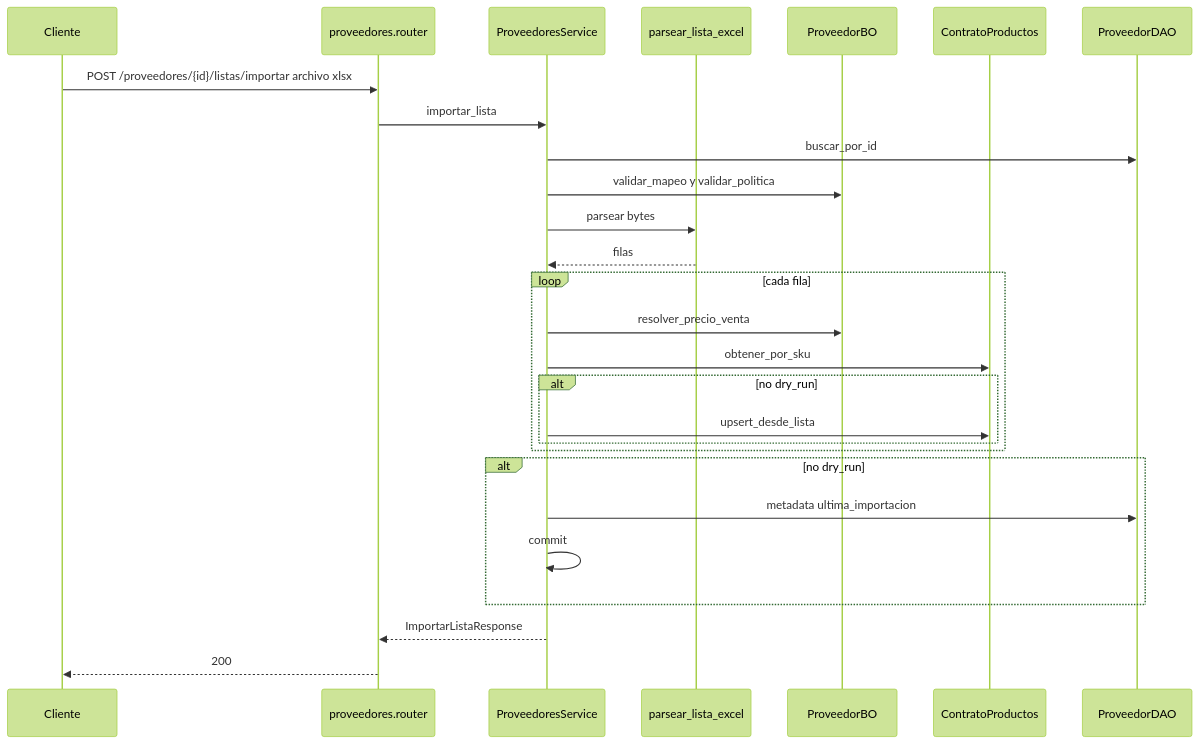
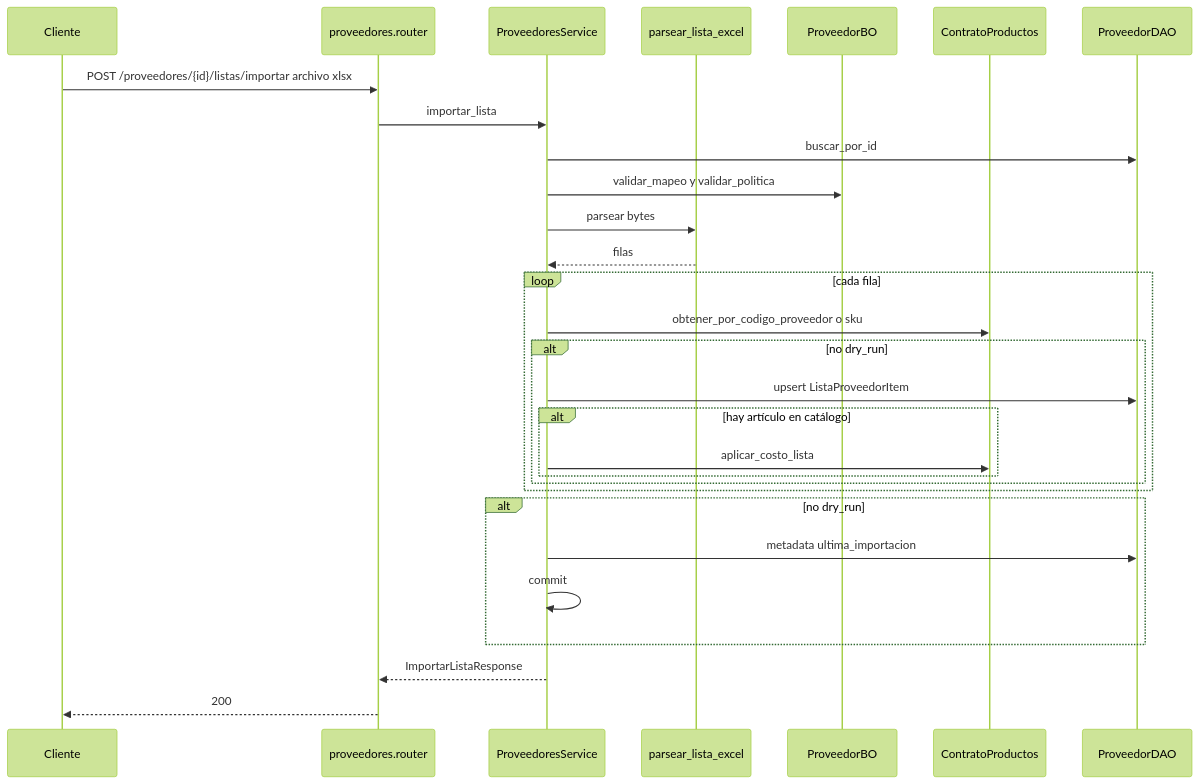
The diagram in docs/diagramas/proveedores.md (estsan3/ventas360-api), drawn with Mermaid (forest theme) before and after one commit. The commit also changed other lines of this file and 45 other files, not shown here.

````diff
--- a/docs/diagramas/proveedores.md
+++ b/docs/diagramas/proveedores.md
@@ -8,30 +12,32 @@
 ```mermaid
 sequenceDiagram
     participant Cliente
     participant Router as proveedores.router
     participant Service as ProveedoresService
     participant Excel as parsear_lista_excel
     participant BO as ProveedorBO
     participant Productos as ContratoProductos
     participant DAO as ProveedorDAO
 
     Cliente->>Router: POST /proveedores/{id}/listas/importar archivo xlsx
     Router->>Service: importar_lista
     Service->>DAO: buscar_por_id
     Service->>BO: validar_mapeo y validar_politica
     Service->>Excel: parsear bytes
     Excel-->>Service: filas
     loop cada fila
-        Service->>BO: resolver_precio_venta
-        Service->>Productos: obtener_por_sku
+        Service->>Productos: obtener_por_codigo_proveedor o sku
         alt no dry_run
-            Service->>Productos: upsert_desde_lista
+            Service->>DAO: upsert ListaProveedorItem
+            alt hay artículo en catálogo
+                Service->>Productos: aplicar_costo_lista
+            end
         end
     end
     alt no dry_run
         Service->>DAO: metadata ultima_importacion
         Service->>Service: commit
     end
     Service-->>Router: ImportarListaResponse
     Router-->>Cliente: 200
 ```
````
